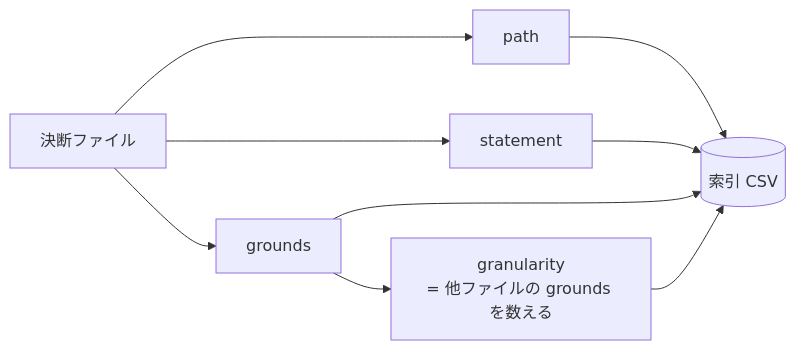
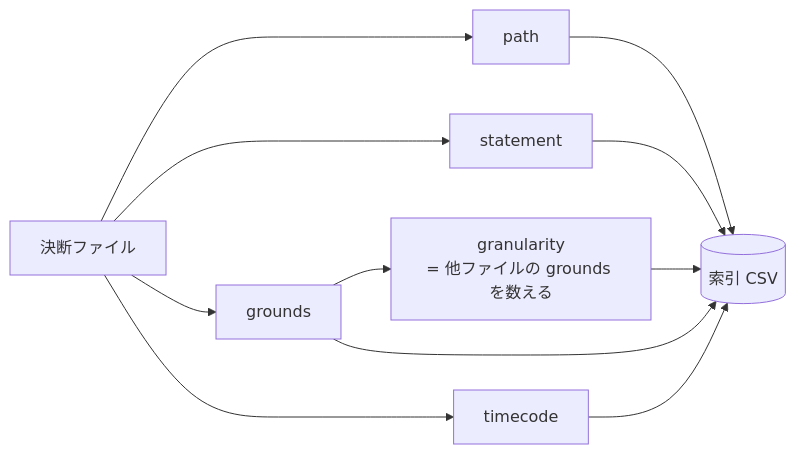
Before and after one commit to gameundwatch/codifier: the first of 2 diagrams in docs/archivist/L3_structures/index-format.md, drawn with Mermaid. The commit also changed other lines of this file and 11 other files, not shown here.

````diff
--- a/docs/archivist/L3_structures/index-format.md
+++ b/docs/archivist/L3_structures/index-format.md
@@ -9,8 +9,9 @@
 ```mermaid
 flowchart LR
     F["決断ファイル"] --> P[path]
     F --> S[statement]
     F --> G[grounds]
+    F --> T[timecode]
     G --> N["granularity<br/>= 他ファイルの grounds を数える"]
-    P & S & G & N --> C[(索引 CSV)]
+    P & S & G & T & N --> C[(索引 CSV)]
 ```
````
